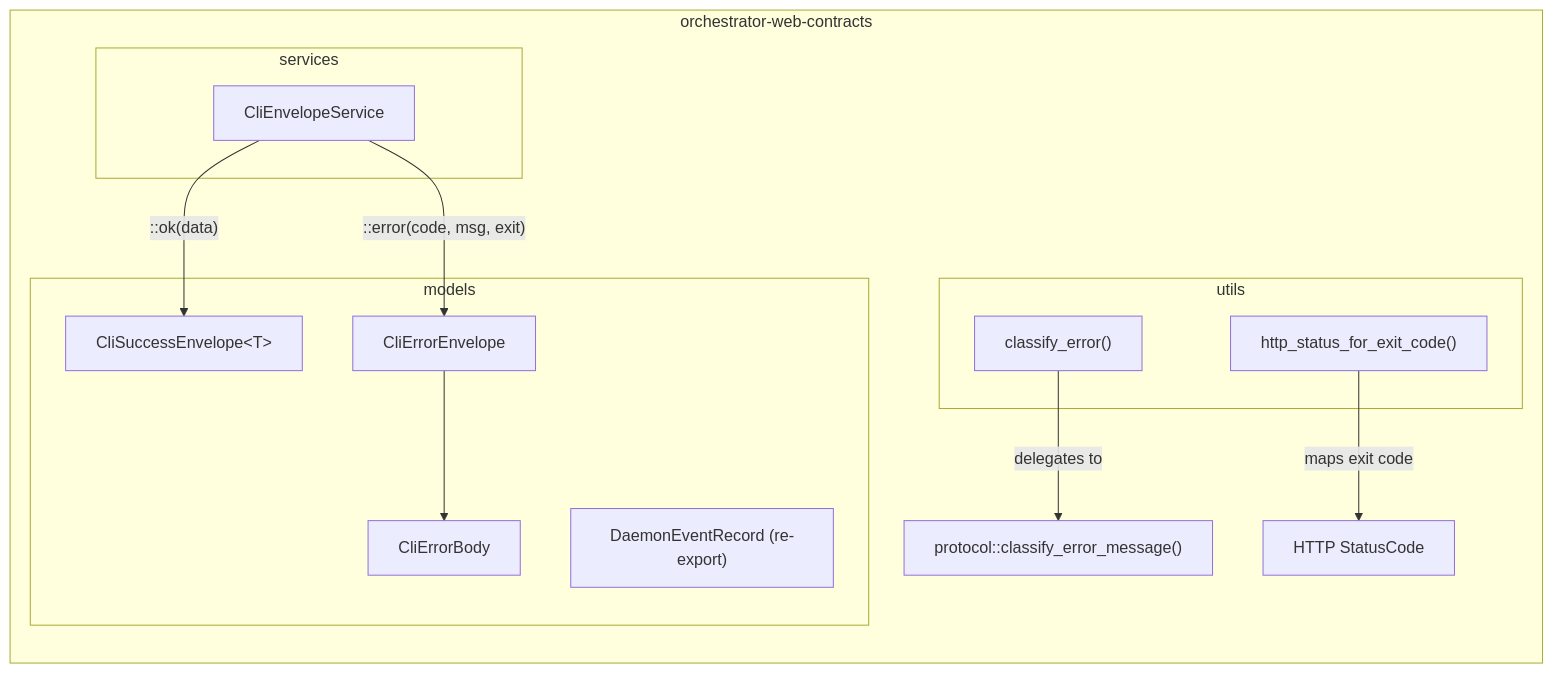
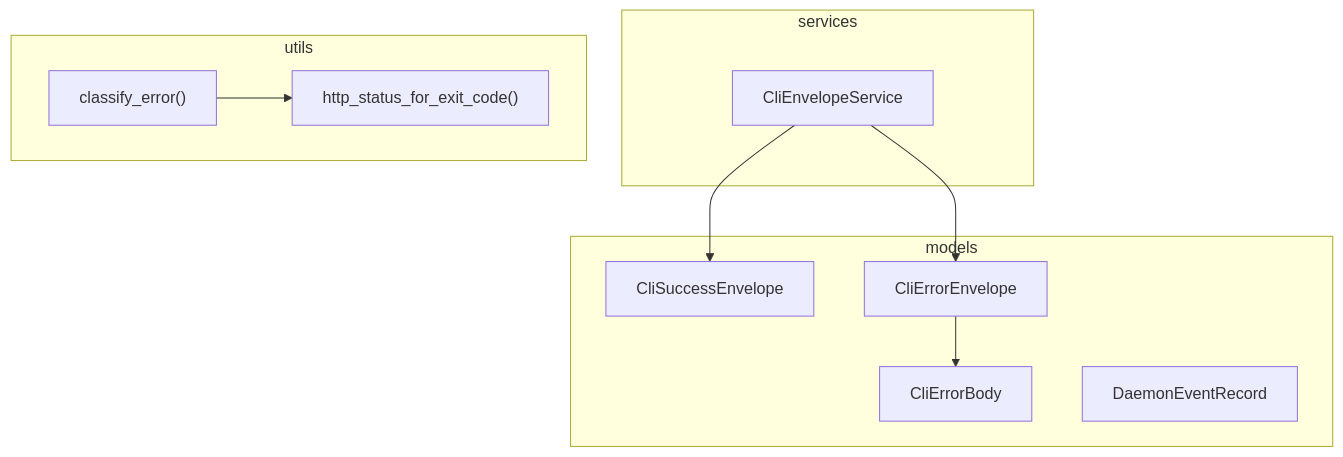
Before and after one commit to launchapp-dev/animus-cli: the diagram in crates/orchestrator-web-contracts/README.md, drawn with Mermaid. The commit also changed other lines of this file and 15 other files, not shown here.

````diff
--- a/crates/orchestrator-web-contracts/README.md
+++ b/crates/orchestrator-web-contracts/README.md
@@ -13,28 +15,23 @@
 ```mermaid
 graph TD
-    subgraph orchestrator-web-contracts
-        direction TB
+    subgraph "models"
+        OK["CliSuccessEnvelope<T>"]
+        ERR["CliErrorEnvelope"]
+        BODY["CliErrorBody"]
+        EVENT["DaemonEventRecord"]
+    end
 
-        subgraph models
-            CliSuccessEnvelope["CliSuccessEnvelope&lt;T&gt;"]
-            CliErrorEnvelope["CliErrorEnvelope"]
-            CliErrorBody["CliErrorBody"]
-            DaemonEventRecord["DaemonEventRecord (re-export)"]
-        end
+    subgraph "services"
+        ENV["CliEnvelopeService"]
+    end
 
-        subgraph services
-            CliEnvelopeService["CliEnvelopeService"]
-        end
+    subgraph "utils"
+        CLASS["classify_error()"]
+        HTTP["http_status_for_exit_code()"]
+    end
 
-        subgraph utils
-            classify_error["classify_error()"]
-            http_status_for_exit_code["http_status_for_exit_code()"]
-        end
-
-        CliEnvelopeService -->|"::ok(data)"| CliSuccessEnvelope
-        CliEnvelopeService -->|"::error(code, msg, exit)"| CliErrorEnvelope
-        CliErrorEnvelope --> CliErrorBody
-        classify_error -->|delegates to| protocol_classify["protocol::classify_error_message()"]
-        http_status_for_exit_code -->|"maps exit code"| HTTP["HTTP StatusCode"]
-    end
+    ENV --> OK
+    ENV --> ERR
+    ERR --> BODY
+    CLASS --> HTTP
 ```
````
